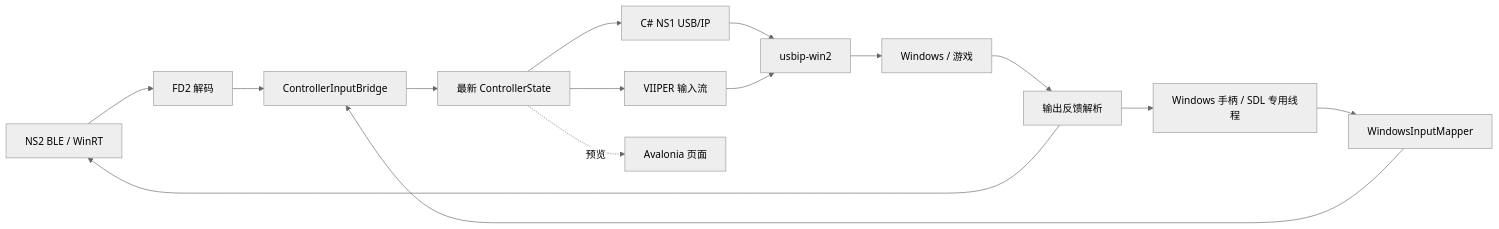
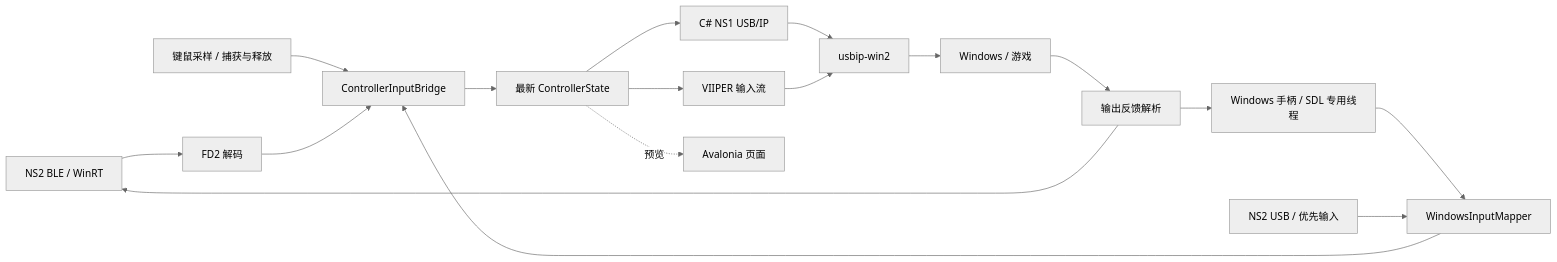
Before and after one commit to XingYu-999/ControllerForwardingTool: the diagram in docs/01_ARCHITECTURE.md, drawn with Mermaid (neutral theme). The commit also changed other lines of this file and 85 other files, not shown here.

````diff
--- a/docs/01_ARCHITECTURE.md
+++ b/docs/01_ARCHITECTURE.md
@@ -23,17 +25,19 @@
 ```mermaid
 flowchart LR
   BLE[NS2 BLE / WinRT] --> FD2[FD2 解码]
   SDL[Windows 手柄 / SDL 专用线程] --> MAP[WindowsInputMapper]
+  USB[NS2 USB / 优先输入] --> MAP
+  KM[键鼠采样 / 捕获与释放] --> BRIDGE
   FD2 --> BRIDGE[ControllerInputBridge]
   MAP --> BRIDGE
   BRIDGE --> STATE[最新 ControllerState]
   STATE --> NS1[C# NS1 USB/IP]
   STATE --> VIIPER[VIIPER 输入流]
   NS1 --> DRIVER[usbip-win2]
   VIIPER --> DRIVER
   DRIVER --> GAME[Windows / 游戏]
   GAME --> FB[输出反馈解析]
   FB --> BLE
   FB --> SDL
   STATE -.预览.-> UI[Avalonia 页面]
 ```
````
